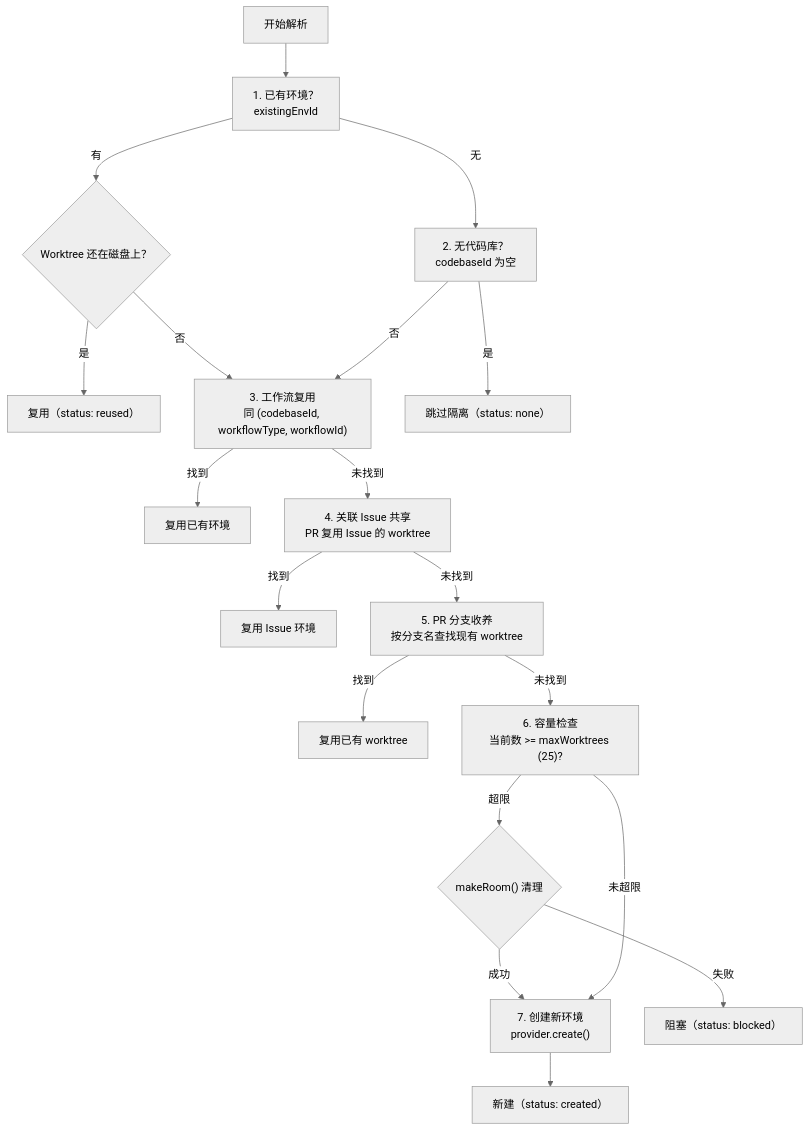
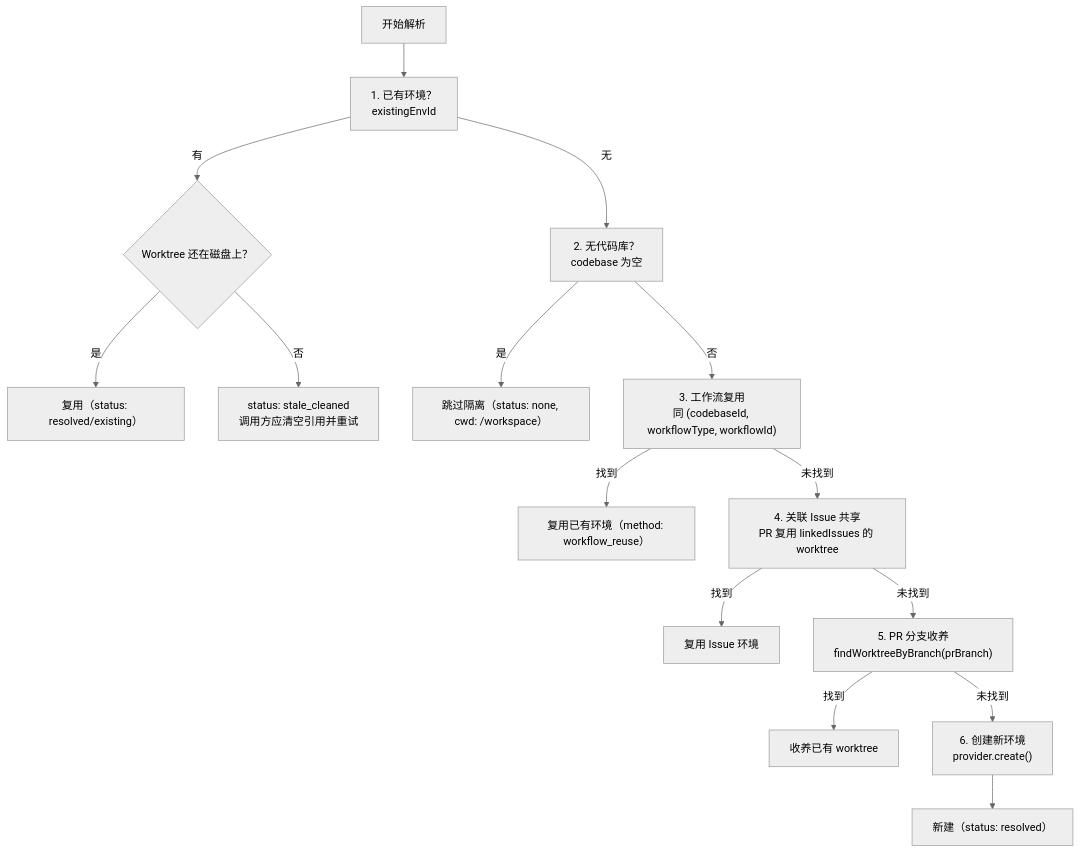
Before and after one commit to ljie-PI/code-deep-dive: the second of 2 diagrams in archon/04-isolation-system.md, drawn with Mermaid. The commit also changed other lines of this file and 13 other files, not shown here.

````diff
--- a/archon/04-isolation-system.md
+++ b/archon/04-isolation-system.md
@@ -103,28 +120,23 @@
 ```mermaid
 %%{init: {'theme': 'neutral'}}%%
 flowchart TD
     Start["开始解析"] --> Step1
     Step1["1. 已有环境？<br/>existingEnvId"] -->|有| Check1{"Worktree 还在磁盘上？"}
-    Check1 -->|是| Reuse1["复用（status: reused）"]
-    Check1 -->|否| Step3
+    Check1 -->|是| Reuse1["复用（status: resolved/existing）"]
+    Check1 -->|否| Stale["status: stale_cleaned<br/>调用方应清空引用并重试"]
     Step1 -->|无| Step2
 
-    Step2["2. 无代码库？<br/>codebaseId 为空"] -->|是| None["跳过隔离（status: none）"]
+    Step2["2. 无代码库？<br/>codebase 为空"] -->|是| None["跳过隔离（status: none, cwd: /workspace）"]
     Step2 -->|否| Step3
 
-    Step3["3. 工作流复用<br/>同 (codebaseId, workflowType, workflowId)"] -->|找到| Reuse3["复用已有环境"]
+    Step3["3. 工作流复用<br/>同 (codebaseId, workflowType, workflowId)"] -->|找到| Reuse3["复用已有环境（method: workflow_reuse）"]
     Step3 -->|未找到| Step4
 
-    Step4["4. 关联 Issue 共享<br/>PR 复用 Issue 的 worktree"] -->|找到| Reuse4["复用 Issue 环境"]
+    Step4["4. 关联 Issue 共享<br/>PR 复用 linkedIssues 的 worktree"] -->|找到| Reuse4["复用 Issue 环境"]
     Step4 -->|未找到| Step5
 
-    Step5["5. PR 分支收养<br/>按分支名查找现有 worktree"] -->|找到| Reuse5["复用已有 worktree"]
+    Step5["5. PR 分支收养<br/>findWorktreeByBranch(prBranch)"] -->|找到| Reuse5["收养已有 worktree"]
     Step5 -->|未找到| Step6
 
-    Step6["6. 容量检查<br/>当前数 >= maxWorktrees (25)?"] -->|超限| Cleanup{"makeRoom() 清理"}
-    Cleanup -->|成功| Step7
-    Cleanup -->|失败| Blocked["阻塞（status: blocked）"]
-    Step6 -->|未超限| Step7
-
-    Step7["7. 创建新环境<br/>provider.create()"] --> Created["新建（status: created）"]
+    Step6["6. 创建新环境<br/>provider.create()"] --> Created["新建（status: resolved）"]
 ```
````
